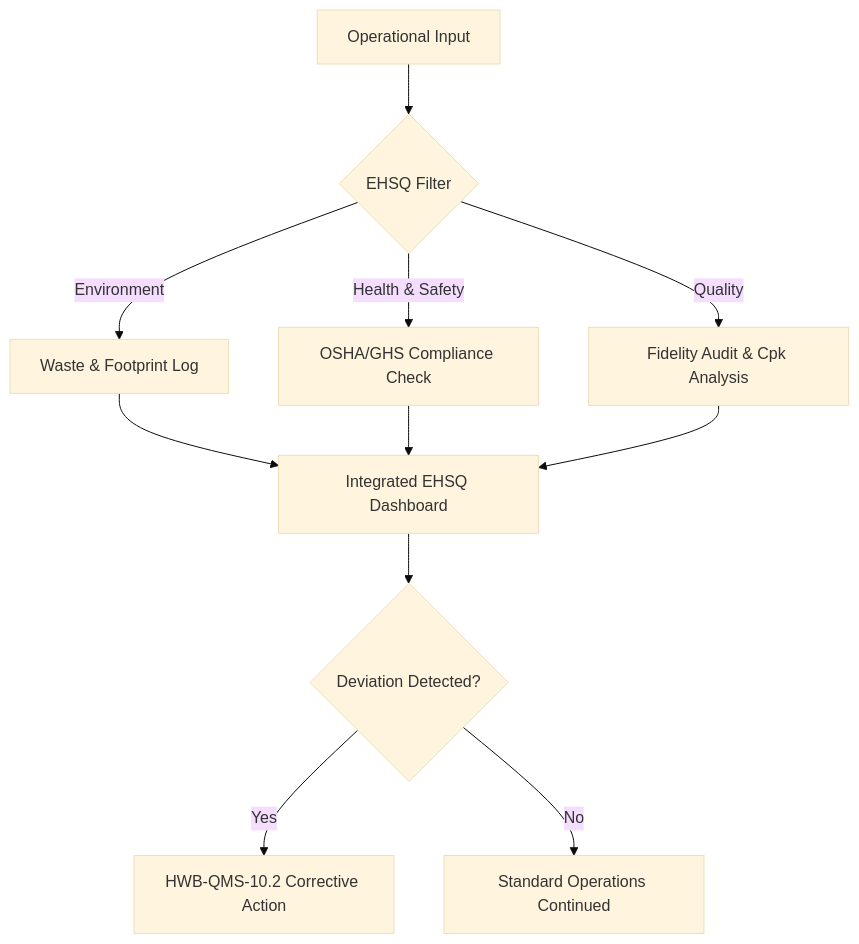
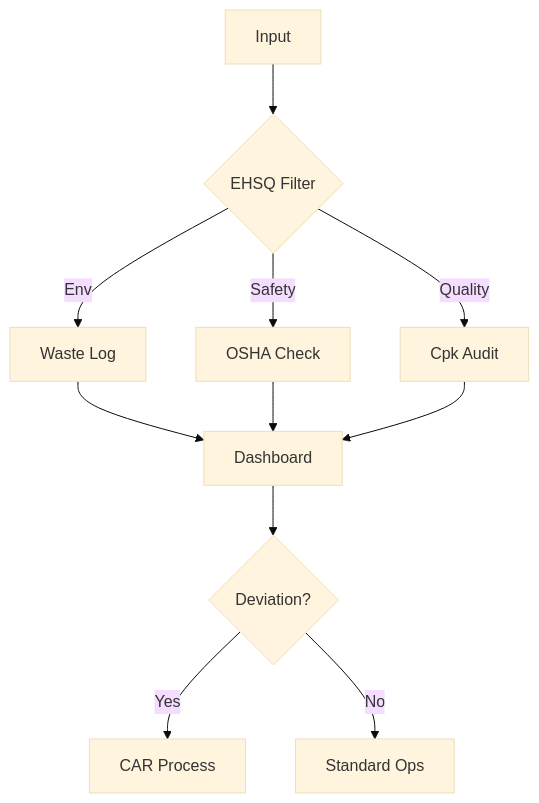
One commit to Humbertoed11/hwb-institutional-website changed the diagram in HWB-COMPANY/HWB-EHSQ/HWB-QMS-4.5 EHSQ Management System SOP.md. Above: the diagram before and after it, drawn with Mermaid (base theme). The commit also changed other lines of this file and 236 other files, not shown here.

````diff
--- a/HWB-COMPANY/HWB-EHSQ/HWB-QMS-4.5 EHSQ Management System SOP.md
+++ b/HWB-COMPANY/HWB-EHSQ/HWB-QMS-4.5 EHSQ Management System SOP.md
@@ -39,13 +36,13 @@
 ```mermaid
 graph TD
-    A[Operational Input] --> B{EHSQ Filter}
-    B -- Environment --> C[Waste & Footprint Log]
-    B -- Health & Safety --> D[OSHA/GHS Compliance Check]
-    B -- Quality --> E[Fidelity Audit & Cpk Analysis]
-    C --> F[Integrated EHSQ Dashboard]
+    A[Input] --> B{EHSQ Filter}
+    B -- Env --> C[Waste Log]
+    B -- Safety --> D[OSHA Check]
+    B -- Quality --> E[Cpk Audit]
+    C --> F[Dashboard]
     D --> F
     E --> F
-    F --> G{Deviation Detected?}
-    G -- Yes --> H[HWB-QMS-10.2 Corrective Action]
-    G -- No --> I[Standard Operations Continued]
+    F --> G{Deviation?}
+    G -- Yes --> H[CAR Process]
+    G -- No --> I[Standard Ops]
 ```
````
